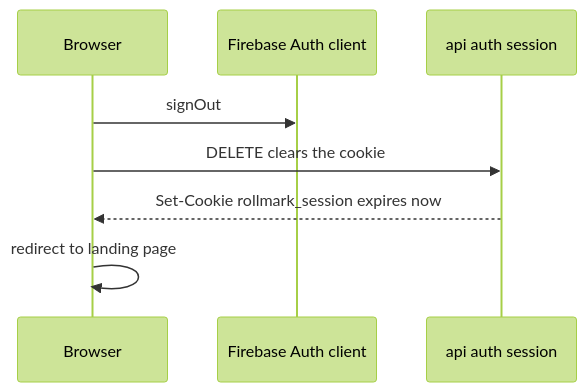
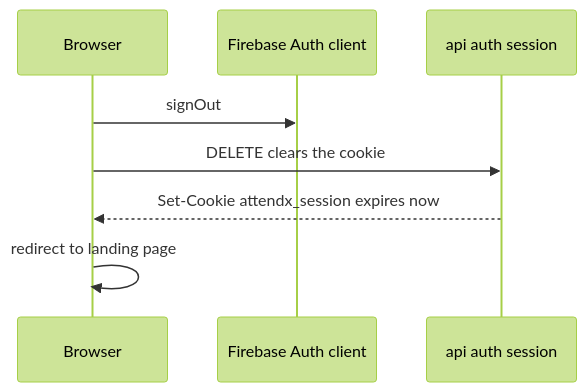
One commit to 89joshuaugwu/attendx changed the third of 3 diagrams in docs/05-auth-flow.md. Above: the diagram before and after it, drawn with Mermaid (forest theme). The commit also changed other lines of this file and 22 other files, not shown here.

Commit message:
init: initialize project structure with architecture documentation, auth scaffolding, and dashboard layout

````diff
--- a/docs/05-auth-flow.md
+++ b/docs/05-auth-flow.md
@@ -114,11 +114,11 @@
 ```mermaid
 sequenceDiagram
     participant B as Browser
     participant FA as Firebase Auth client
     participant API as api auth session
 
     B->>FA: signOut
     B->>API: DELETE clears the cookie
-    API-->>B: Set-Cookie rollmark_session expires now
+    API-->>B: Set-Cookie attendx_session expires now
     B->>B: redirect to landing page
 ```
````
